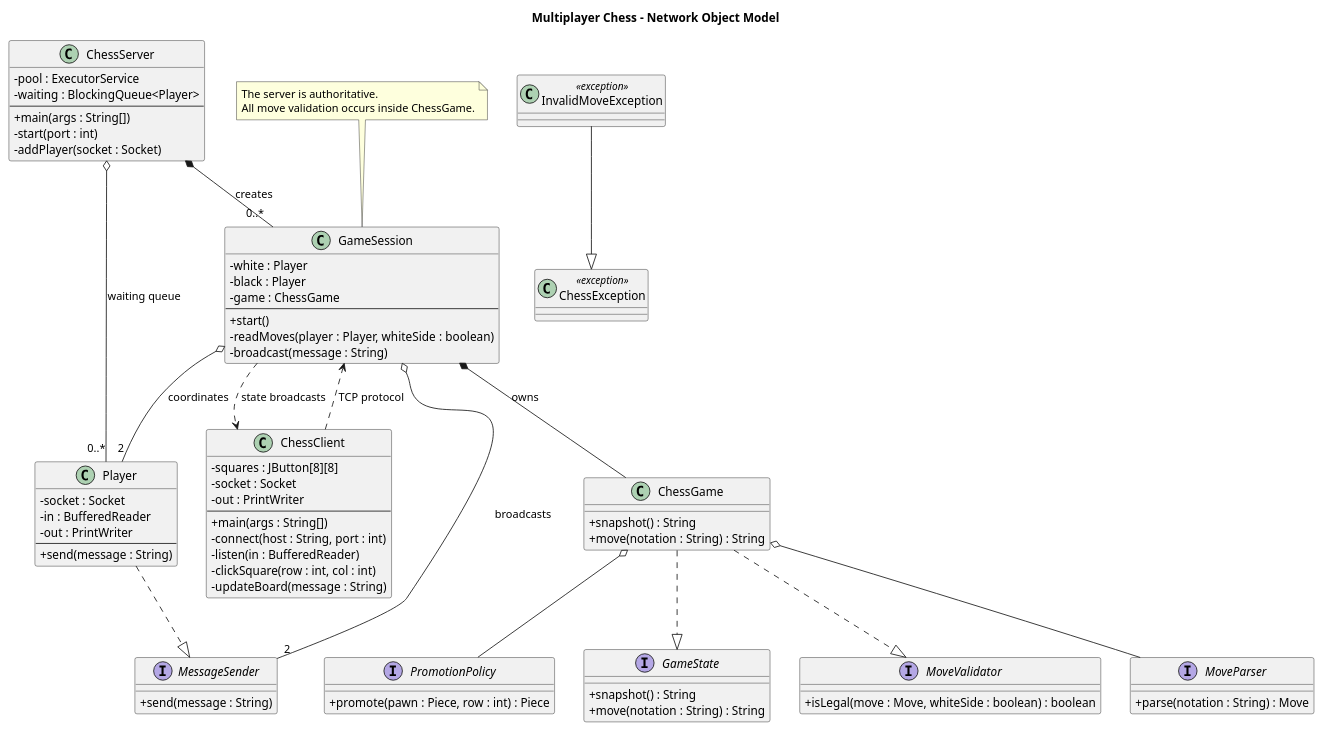
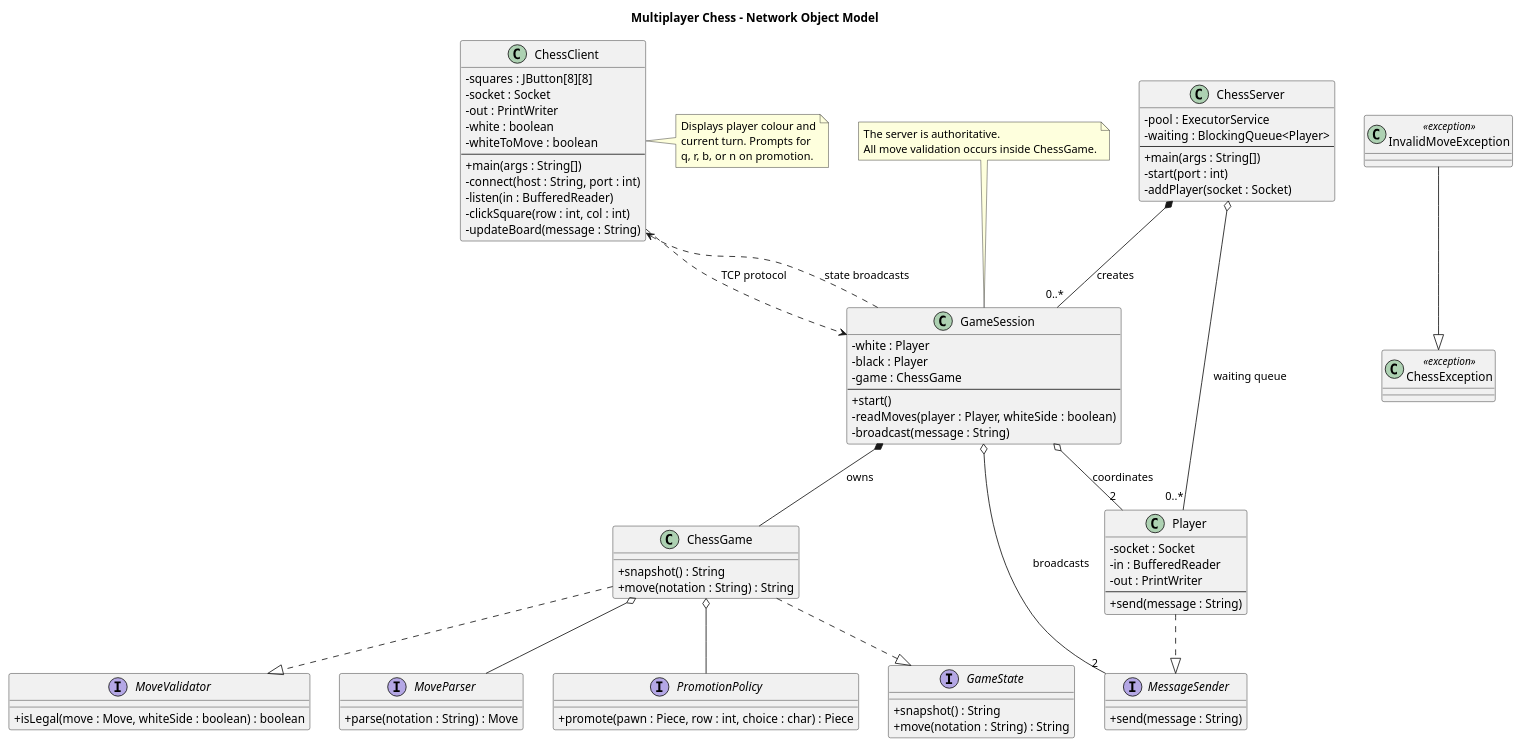
The diagram in docs/plantuml/chess-network.puml (LooninS/multiplayer-chess-java), drawn with PlantUML before and after one commit. The commit also changed 8 other files, not shown here.

```diff
--- a/docs/plantuml/chess-network.puml
+++ b/docs/plantuml/chess-network.puml
@@ -1,90 +1,98 @@
 @startuml
 title Multiplayer Chess - Network Object Model
 skinparam classAttributeIconSize 0
 skinparam shadowing false
 
 class ChessServer {
   -pool : ExecutorService
   -waiting : BlockingQueue<Player>
   --
   +main(args : String[])
   -start(port : int)
   -addPlayer(socket : Socket)
 }
 
 class GameSession {
   -white : Player
   -black : Player
   -game : ChessGame
   --
   +start()
   -readMoves(player : Player, whiteSide : boolean)
   -broadcast(message : String)
 }
 
 class Player {
   -socket : Socket
   -in : BufferedReader
   -out : PrintWriter
   --
   +send(message : String)
 }
 
 class ChessGame {
   +snapshot() : String
   +move(notation : String) : String
 }
 
 interface GameState {
   +snapshot() : String
   +move(notation : String) : String
 }
 
 interface MoveValidator {
   +isLegal(move : Move, whiteSide : boolean) : boolean
 }
 
 interface MessageSender {
   +send(message : String)
 }
 
 interface MoveParser {
   +parse(notation : String) : Move
 }
 
 interface PromotionPolicy {
-  +promote(pawn : Piece, row : int) : Piece
+  +promote(pawn : Piece, row : int, choice : char) : Piece
 }
 
 class ChessException <<exception>>
 class InvalidMoveException <<exception>>
 
 class ChessClient {
   -squares : JButton[8][8]
   -socket : Socket
   -out : PrintWriter
+  -white : boolean
+  -whiteToMove : boolean
   --
   +main(args : String[])
   -connect(host : String, port : int)
   -listen(in : BufferedReader)
   -clickSquare(row : int, col : int)
   -updateBoard(message : String)
 }
 
 ChessServer *-- "0..*" GameSession : creates
 ChessServer o-- "0..*" Player : waiting queue
 GameSession *-- ChessGame : owns
 GameSession o-- "2" Player : coordinates
 GameSession o-- "2" MessageSender : broadcasts
 ChessGame ..|> GameState
 ChessGame ..|> MoveValidator
 ChessGame o-- MoveParser
 ChessGame o-- PromotionPolicy
 Player ..|> MessageSender
 InvalidMoveException --|> ChessException
 ChessClient ..> GameSession : TCP protocol
 GameSession ..> ChessClient : state broadcasts
 
 note "The server is authoritative.\nAll move validation occurs inside ChessGame." as N1
 N1 .. GameSession
+
+note right of ChessClient
+  Displays player colour and
+  current turn. Prompts for
+  q, r, b, or n on promotion.
+end note
 @enduml
```
